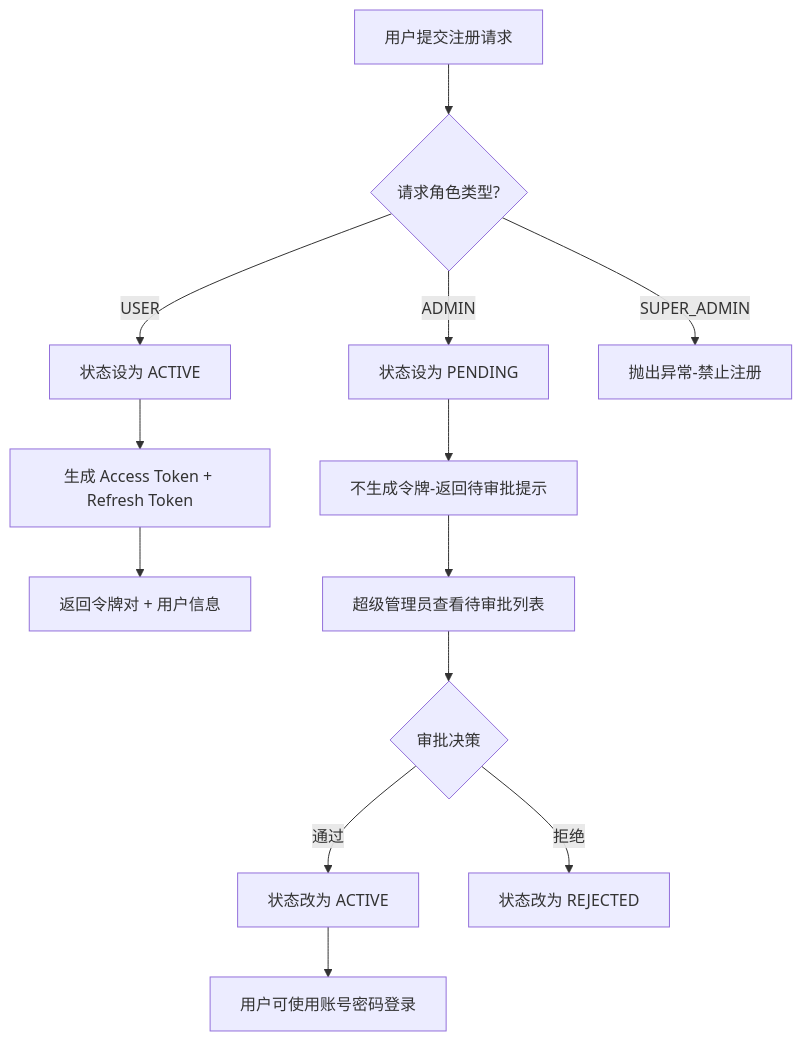
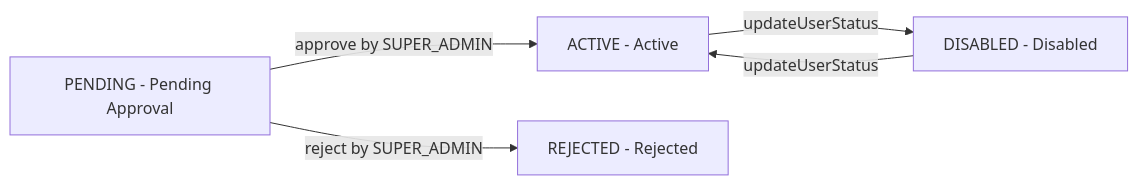
Before and after one commit to mambo-wang/CodingHub: the fourth of 5 diagrams in repowiki/认证与用户.md, drawn with Mermaid. The commit also changed other lines of this file and 19 other files, not shown here.

````diff
--- a/repowiki/认证与用户.md
+++ b/repowiki/认证与用户.md
@@ -384,15 +295,7 @@
 ```mermaid
-graph TD
-    A[用户提交注册请求] --> B{请求角色类型?}
-    B -->|USER| C[状态设为 ACTIVE]
-    C --> D[生成 Access Token + Refresh Token]
-    D --> E[返回令牌对 + 用户信息]
-    B -->|ADMIN| F[状态设为 PENDING]
-    F --> G[不生成令牌-返回待审批提示]
-    B -->|SUPER_ADMIN| H[抛出异常-禁止注册]
-    G --> I[超级管理员查看待审批列表]
-    I --> J{审批决策}
-    J -->|通过| K[状态改为 ACTIVE]
-    J -->|拒绝| L[状态改为 REJECTED]
-    K --> M[用户可使用账号密码登录]
+graph LR
+    PENDING[PENDING - Pending Approval] -->|approve by SUPER_ADMIN| ACTIVE[ACTIVE - Active]
+    PENDING -->|reject by SUPER_ADMIN| REJECTED[REJECTED - Rejected]
+    ACTIVE -->|updateUserStatus| DISABLED[DISABLED - Disabled]
+    DISABLED -->|updateUserStatus| ACTIVE
 ```
````
